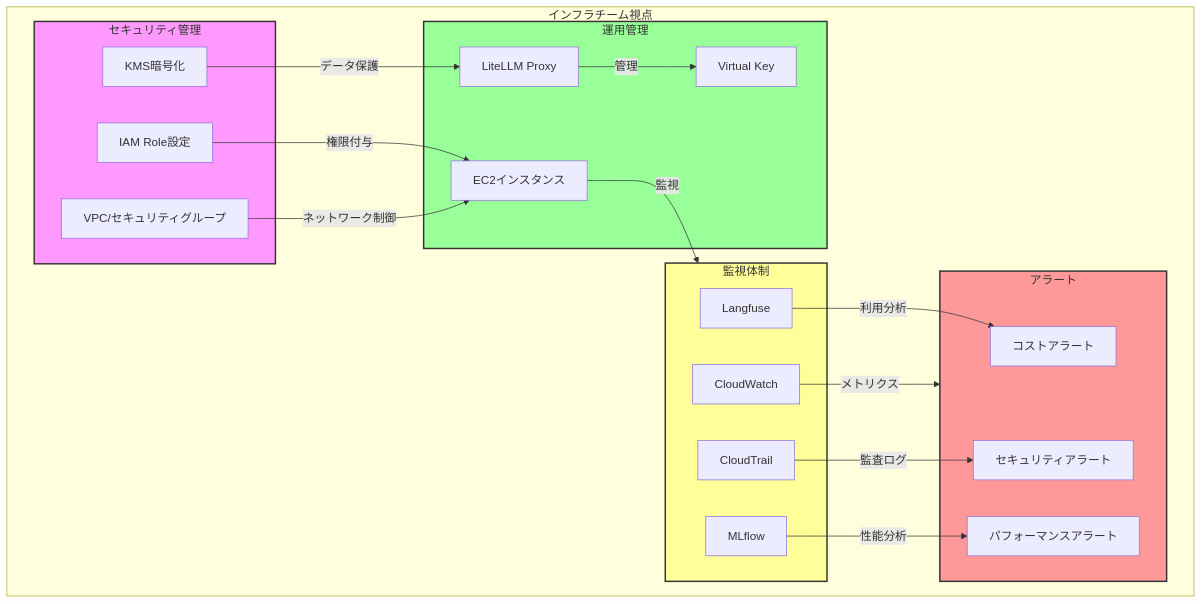
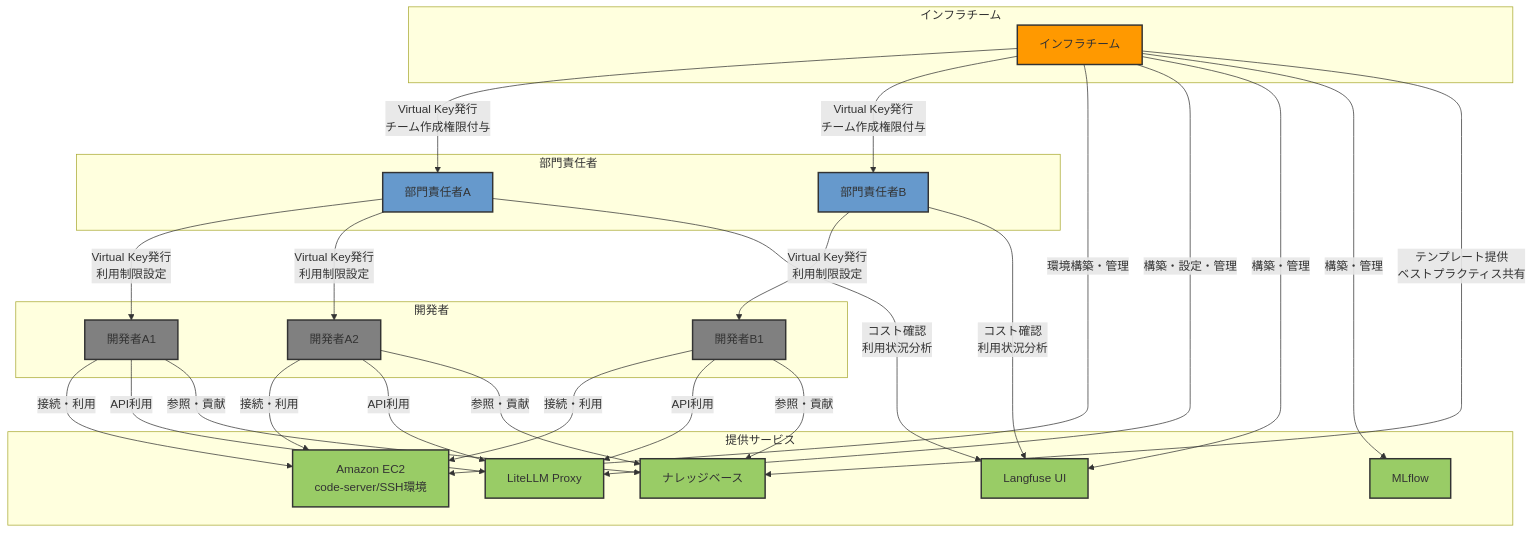
Before and after one commit to littlemex/aws-samples: the second of 4 diagrams in workshops/ai-coding-workshop/cline/blog/README.md, drawn with Mermaid. The commit also changed other lines of this file, not shown here.

````diff
--- a/workshops/ai-coding-workshop/cline/blog/README.md
+++ b/workshops/ai-coding-workshop/cline/blog/README.md
@@ -361,51 +177,63 @@
 ```mermaid
 graph TB
-    subgraph Infrastructure_View["インフラチーム視点"]
-        subgraph Security["セキュリティ管理"]
-            IAM[IAM Role設定]
-            VPC[VPC/セキュリティグループ]
-            KMS[KMS暗号化]
-        end
-
-        subgraph Monitoring["監視体制"]
-            CW[CloudWatch]
-            CT[CloudTrail]
-            LF[Langfuse]
-            ML[MLflow]
-        end
-
-        subgraph Management["運用管理"]
-            EC2[EC2インスタンス]
-            LLMP[LiteLLM Proxy]
-            VKEY[Virtual Key]
-        end
-
-        subgraph Alerts["アラート"]
-            COST[コストアラート]
-            PERF[パフォーマンスアラート]
-            SEC[セキュリティアラート]
-        end
+    subgraph Infra_Team["インフラチーム"]
+        INFRA["インフラチーム"]
     end
-
-    IAM -->|権限付与| EC2
-    VPC -->|ネットワーク制御| EC2
-    KMS -->|データ保護| LLMP
-
-    CW -->|メトリクス| Alerts
-    CT -->|監査ログ| SEC
-    LF -->|利用分析| COST
-    ML -->|性能分析| PERF
-
-    LLMP -->|管理| VKEY
-    EC2 -->|監視| Monitoring
-
-    classDef security fill:#f9f,stroke:#333,stroke-width:2px
-    classDef monitoring fill:#ff9,stroke:#333,stroke-width:2px
-    classDef management fill:#9f9,stroke:#333,stroke-width:2px
-    classDef alerts fill:#f99,stroke:#333,stroke-width:2px
     
-    class Security security
-    class Monitoring monitoring
-    class Management management
-    class Alerts alerts
+    subgraph Department_Managers["部門責任者"]
+        DM1["部門責任者A"]
+        DM2["部門責任者B"]
+    end
+    
+    subgraph Developers["開発者"]
+        DEV1["開発者A1"]
+        DEV2["開発者A2"]
+        DEV3["開発者B1"]
+    end
+    
+    subgraph Services["提供サービス"]
+        LLMP["LiteLLM Proxy"]
+        EC2["Amazon EC2<br/>code-server/SSH環境"]
+        LANG["Langfuse UI"]
+        MLF["MLflow"]
+        KNOW["ナレッジベース"]
+    end
+    
+    INFRA -->|"Virtual Key発行<br/>チーム作成権限付与"| DM1
+    INFRA -->|"Virtual Key発行<br/>チーム作成権限付与"| DM2
+    
+    INFRA -->|"環境構築・管理"| EC2
+    INFRA -->|"構築・設定・管理"| LLMP
+    INFRA -->|"構築・管理"| LANG
+    INFRA -->|"構築・管理"| MLF
+    INFRA -->|"テンプレート提供<br/>ベストプラクティス共有"| KNOW
+    
+    DM1 -->|"Virtual Key発行<br/>利用制限設定"| DEV1
+    DM1 -->|"Virtual Key発行<br/>利用制限設定"| DEV2
+    DM2 -->|"Virtual Key発行<br/>利用制限設定"| DEV3
+    
+    DM1 -->|"コスト確認<br/>利用状況分析"| LANG
+    DM2 -->|"コスト確認<br/>利用状況分析"| LANG
+    
+    DEV1 -->|"接続・利用"| EC2
+    DEV2 -->|"接続・利用"| EC2
+    DEV3 -->|"接続・利用"| EC2
+    
+    DEV1 -->|"API利用"| LLMP
+    DEV2 -->|"API利用"| LLMP
+    DEV3 -->|"API利用"| LLMP
+    
+    DEV1 -->|"参照・貢献"| KNOW
+    DEV2 -->|"参照・貢献"| KNOW
+    DEV3 -->|"参照・貢献"| KNOW
+    
+    classDef infra fill:#FF9900,stroke:#333,stroke-width:2px
+    classDef manager fill:#6699CC,stroke:#333,stroke-width:2px
+    classDef developer fill:#808080,stroke:#333,stroke-width:2px
+    classDef service fill:#99CC66,stroke:#333,stroke-width:2px
+    
+    class INFRA infra
+    class DM1,DM2 manager
+    class DEV1,DEV2,DEV3 developer
+    class LLMP,EC2,LANG,MLF,KNOW service
 ```
````
